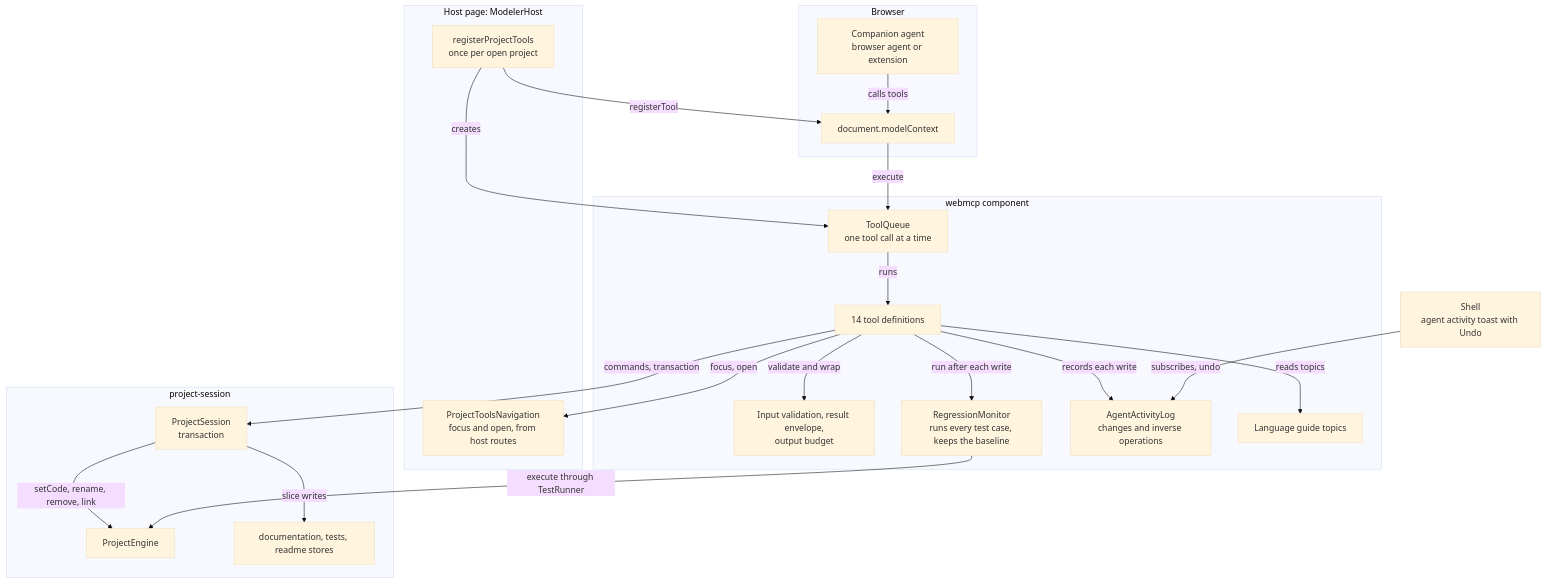
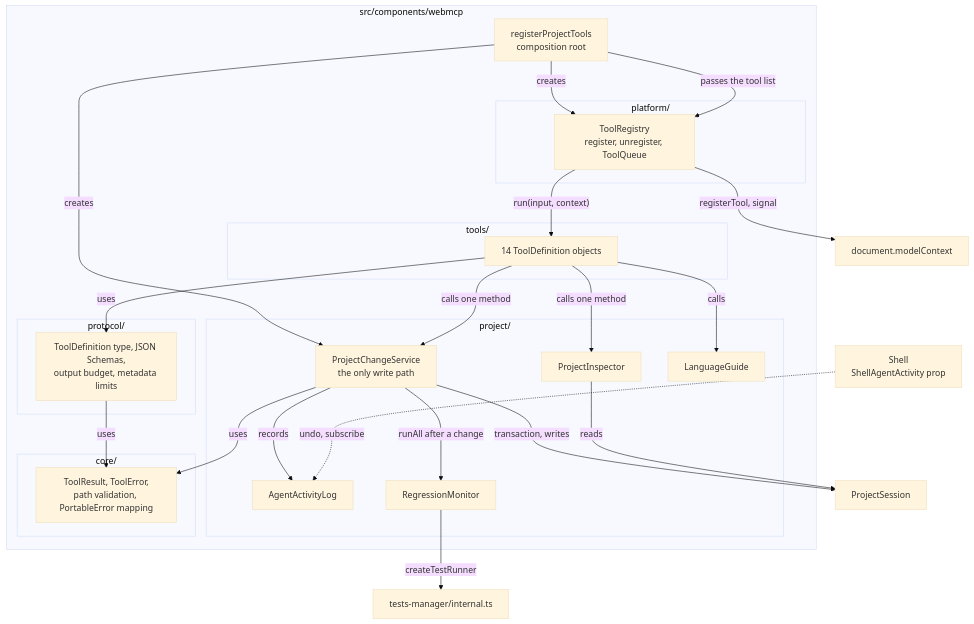
One commit to rimvydasb/edgerules-modeler changed the second of 5 diagrams in docs/stories/webmcp-story.md. Above: the diagram before and after it, drawn with Mermaid (base theme). The commit also changed other lines of this file, not shown here.

````diff
--- a/docs/stories/webmcp-story.md
+++ b/docs/stories/webmcp-story.md
@@ -89,45 +93,49 @@
 ```mermaid
 flowchart TB
-  subgraph browser["Browser"]
-    Agent["Companion agent<br/>browser agent or extension"]
-    MC["document.modelContext"]
+  Browser["document.modelContext"]
+
+  subgraph webmcp["src/components/webmcp"]
+    Root["registerProjectTools<br/>composition root"]
+    subgraph platform["platform/"]
+      Registry["ToolRegistry<br/>register, unregister, ToolQueue"]
+    end
+    subgraph tools["tools/"]
+      Defs["14 ToolDefinition objects"]
+    end
+    subgraph protocol["protocol/"]
+      Proto["ToolDefinition type, JSON Schemas,<br/>output budget, metadata limits"]
+    end
+    subgraph project["project/"]
+      Changes["ProjectChangeService<br/>the only write path"]
+      Log["AgentActivityLog"]
+      Regression["RegressionMonitor"]
+      Inspector["ProjectInspector"]
+      Guide["LanguageGuide"]
+    end
+    subgraph core["core/"]
+      Result["ToolResult, ToolError,<br/>path validation, PortableError mapping"]
+    end
   end
 
-  subgraph host["Host page: ModelerHost"]
-    Reg["registerProjectTools<br/>once per open project"]
-    Nav["ProjectToolsNavigation<br/>focus and open, from host routes"]
-  end
+  Session["ProjectSession"]
+  TestsInternal["tests-manager/internal.ts"]
+  Shell["Shell<br/>ShellAgentActivity prop"]
 
-  subgraph webmcp["webmcp component"]
-    Tools["14 tool definitions"]
-    Queue["ToolQueue<br/>one tool call at a time"]
-    Guard["Input validation, result envelope,<br/>output budget"]
-    Reg2["RegressionMonitor<br/>runs every test case, keeps the baseline"]
-    Log["AgentActivityLog<br/>changes and inverse operations"]
-    Guide["Language guide topics"]
-  end
-
-  subgraph session["project-session"]
-    PS["ProjectSession<br/>transaction"]
-    Eng["ProjectEngine"]
-    Stores["documentation, tests, readme stores"]
-  end
-
-  Shell["Shell<br/>agent activity toast with Undo"]
-
-  Agent -->|"calls tools"| MC
-  MC -->|"execute"| Queue
-  Queue -->|"runs"| Tools
-  Reg -->|"registerTool"| MC
-  Reg -->|"creates"| Queue
-  Tools -->|"validate and wrap"| Guard
-  Tools -->|"commands, transaction"| PS
-  PS -->|"setCode, rename, remove, link"| Eng
-  PS -->|"slice writes"| Stores
-  Tools -->|"run after each write"| Reg2
-  Reg2 -->|"execute through TestRunner"| Eng
-  Tools -->|"records each write"| Log
-  Tools -->|"focus, open"| Nav
-  Tools -->|"reads topics"| Guide
-  Shell -->|"subscribes, undo"| Log
+  Root -->|"creates"| Registry
+  Root -->|"creates"| Changes
+  Root -->|"passes the tool list"| Registry
+  Registry -->|"registerTool, signal"| Browser
+  Registry -->|"run(input, context)"| Defs
+  Defs -->|"uses"| Proto
+  Defs -->|"calls one method"| Changes
+  Defs -->|"calls one method"| Inspector
+  Defs -->|"calls"| Guide
+  Changes -->|"records"| Log
+  Changes -->|"runAll after a change"| Regression
+  Changes -->|"transaction, writes"| Session
+  Inspector -->|"reads"| Session
+  Regression -->|"createTestRunner"| TestsInternal
+  Shell -.->|"undo, subscribe"| Log
+  Proto -->|"uses"| Result
+  Changes -->|"uses"| Result
 ```
````
